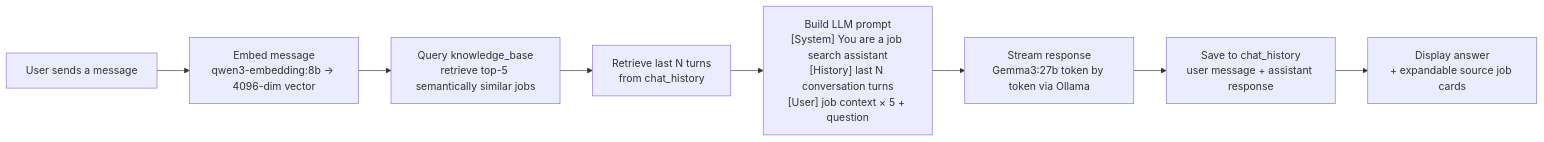
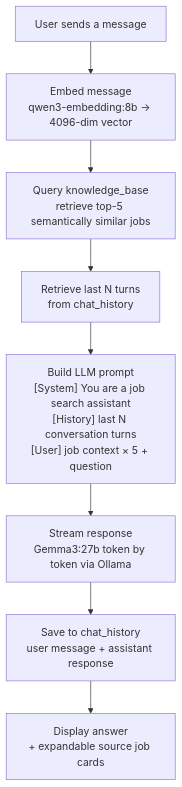
The second of 2 diagrams in README.md (HermannSamimi/RAG-jobs), drawn with Mermaid before and after one commit. The commit also changed other lines of this file, not shown here.

Commit message:
docs: Update project structure section in README with mermaid diagram for better visualization

````diff
--- a/README.md
+++ b/README.md
@@ -263,13 +269,13 @@
 ```mermaid
-flowchart LR
+flowchart TD
     A["User sends a message"]
     B["Embed message\nqwen3-embedding:8b → 4096-dim vector"]
     C["Query knowledge_base\nretrieve top-5 semantically similar jobs"]
     D["Retrieve last N turns\nfrom chat_history"]
     E["Build LLM prompt\n[System] You are a job search assistant\n[History] last N conversation turns\n[User] job context × 5 + question"]
     F["Stream response\nGemma3:27b token by token via Ollama"]
     G["Save to chat_history\nuser message + assistant response"]
     H["Display answer\n+ expandable source job cards"]
 
     A --> B --> C --> D --> E --> F --> G --> H
 ```
````
